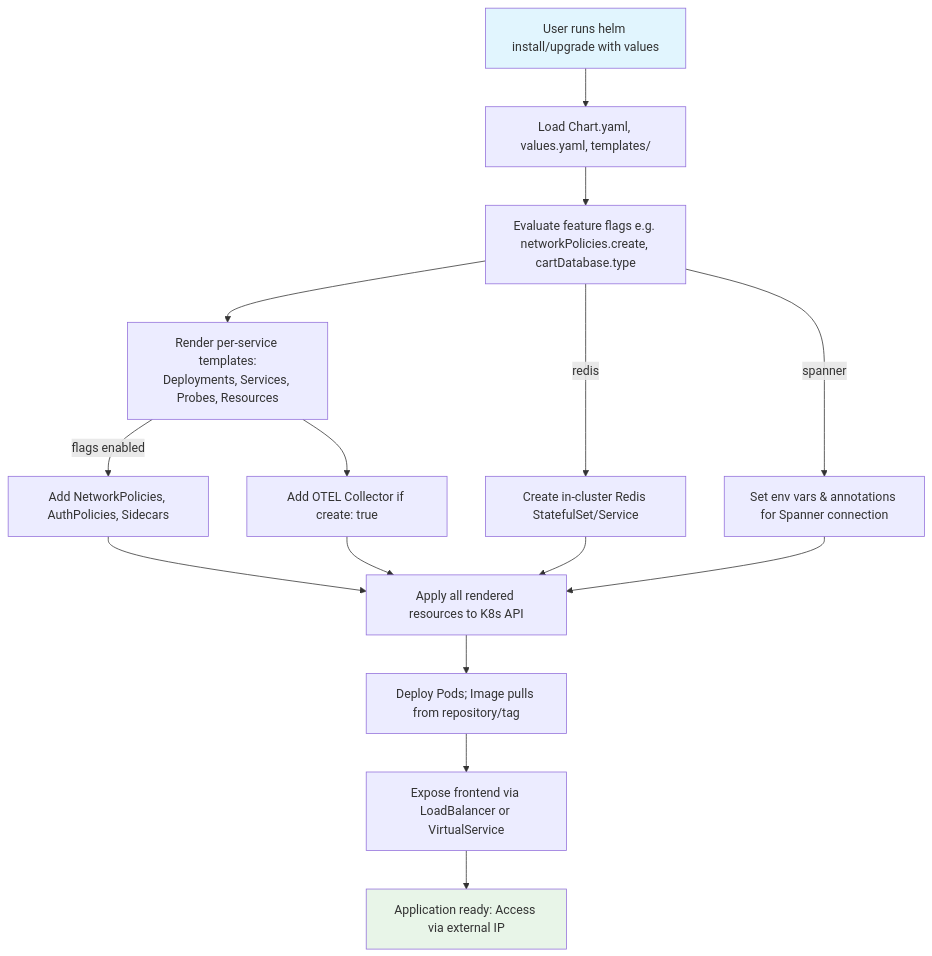
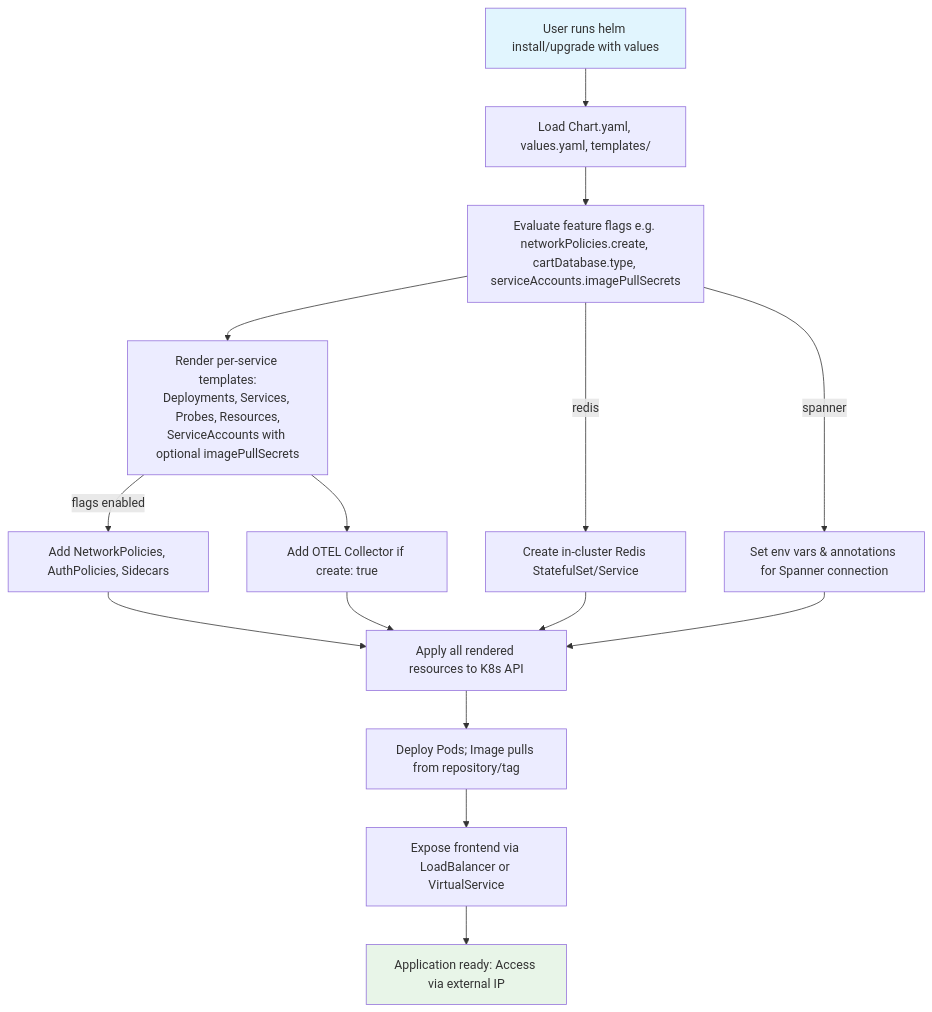
The second of 2 diagrams in .exp/design-workflow-3-helm-chart-deployment.md (gauravagerwala/microservices-demo), drawn with Mermaid before and after one commit. The commit also changed other lines of this file and 1 other file, not shown here.

Commit message:
Update design for PR #3059: added imagepullsecrets to service accounts in helm chart

````diff
--- a/.exp/design-workflow-3-helm-chart-deployment.md
+++ b/.exp/design-workflow-3-helm-chart-deployment.md
@@ -71,19 +72,19 @@
 ```mermaid
 flowchart TD
     Start[User runs helm install/upgrade with values] --> Load[Load Chart.yaml, values.yaml, templates/]
-    Load --> CheckFlags[Evaluate feature flags e.g. networkPolicies.create, cartDatabase.type]
+    Load --> CheckFlags[Evaluate feature flags e.g. networkPolicies.create, cartDatabase.type, serviceAccounts.imagePullSecrets]
     CheckFlags -->|redis| CreateRedis[Create in-cluster Redis StatefulSet/Service]
     CheckFlags -->|spanner| ConfigSpanner[Set env vars & annotations for Spanner connection]
-    CheckFlags --> RenderServices[Render per-service templates:<br/>Deployments, Services, Probes, Resources]
+    CheckFlags --> RenderServices[Render per-service templates:<br/>Deployments, Services, Probes, Resources,<br/>ServiceAccounts with optional imagePullSecrets]
     RenderServices -->|flags enabled| AddPolicies[Add NetworkPolicies, AuthPolicies, Sidecars]
     RenderServices --> AddOTEL[Add OTEL Collector if create: true]
     AddPolicies --> Apply[Apply all rendered resources to K8s API]
     AddOTEL --> Apply
     CreateRedis --> Apply
     ConfigSpanner --> Apply
     Apply --> Deploy[Deploy Pods; Image pulls from repository/tag]
     Deploy --> Expose[Expose frontend via LoadBalancer or VirtualService]
     Expose --> Ready[Application ready: Access via external IP]
     style Start fill:#e1f5fe
     style Ready fill:#e8f5e8
 ```
````
